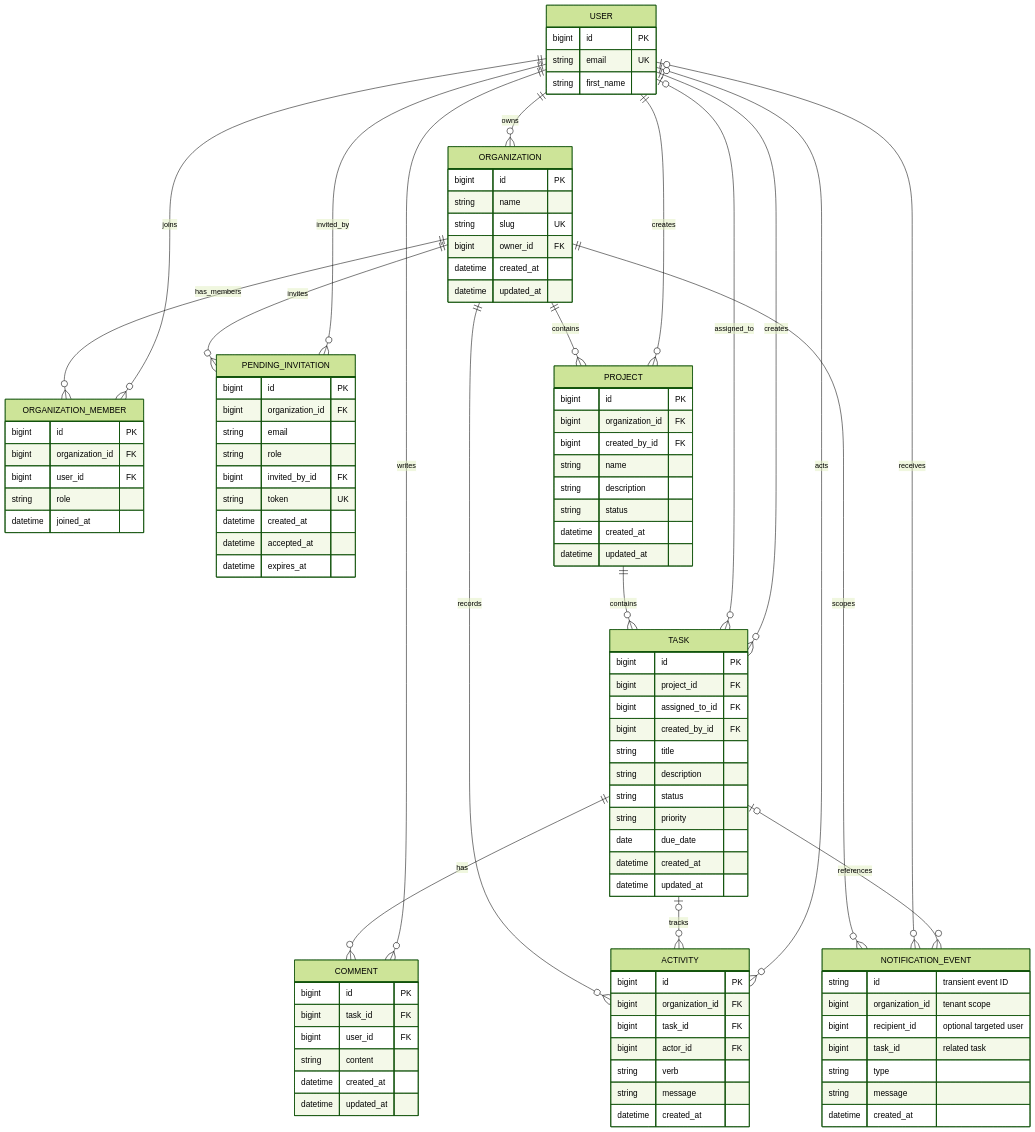
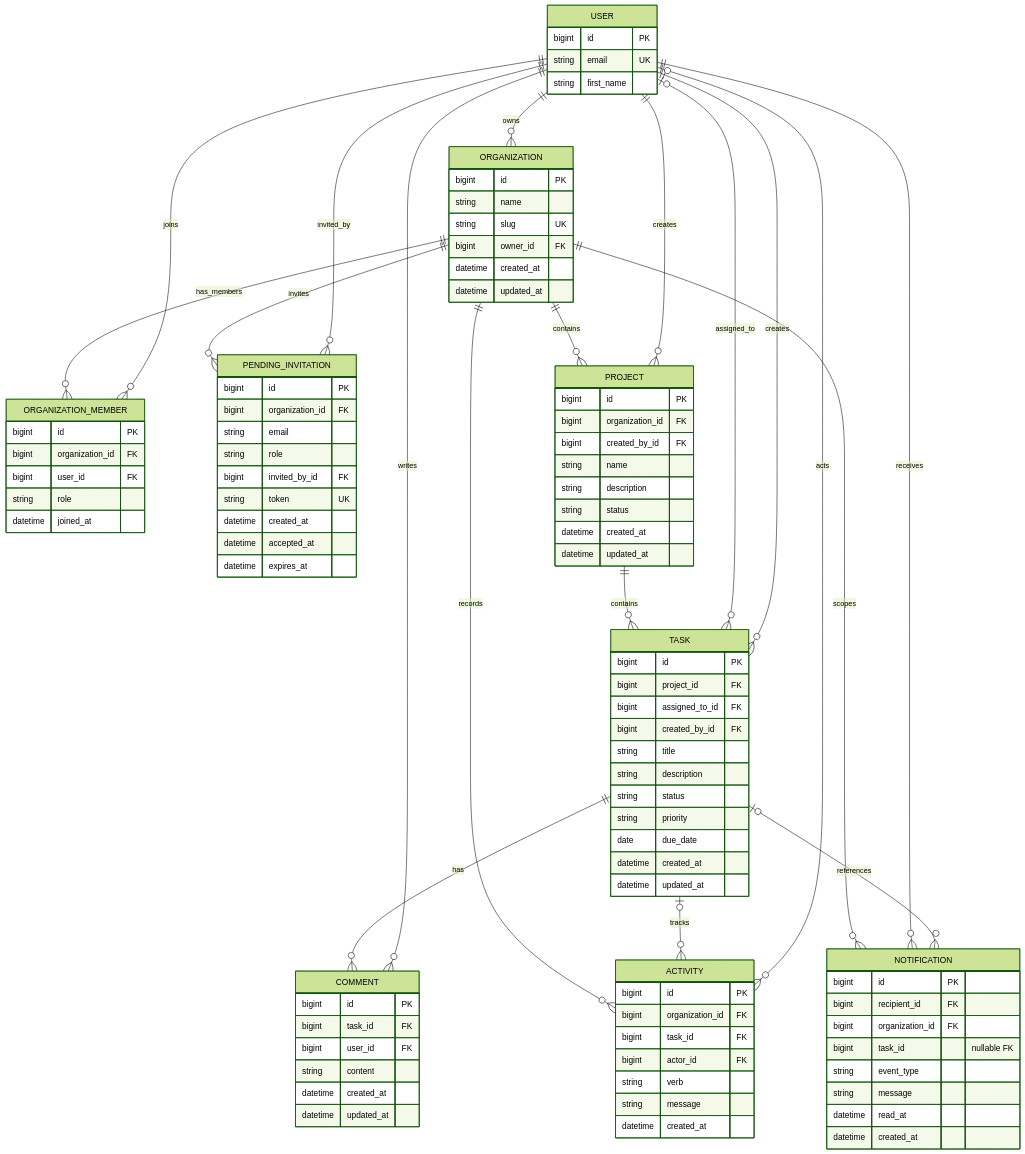
Before and after one commit to fizasayeed776/tasklane-project: the diagram in DATABASE_SCHEMA.md, drawn with Mermaid (forest theme). The commit also changed other lines of this file and 1 other file, not shown here.

Commit message:
docs: document the notification centre

````diff
--- a/DATABASE_SCHEMA.md
+++ b/DATABASE_SCHEMA.md
@@ -77,13 +77,14 @@
         string message
         datetime created_at
     }
-    NOTIFICATION_EVENT {
-        string id "transient event ID"
-        bigint organization_id "tenant scope"
-        bigint recipient_id "optional targeted user"
-        bigint task_id "related task"
-        string type
+    NOTIFICATION {
+        bigint id PK
+        bigint recipient_id FK
+        bigint organization_id FK
+        bigint task_id "nullable FK"
+        string event_type
         string message
+        datetime read_at
         datetime created_at
     }
 
@@ -102,7 +103,7 @@
     ORGANIZATION ||--o{ ACTIVITY : records
     TASK o|--o{ ACTIVITY : tracks
     USER o|--o{ ACTIVITY : acts
-    ORGANIZATION ||--o{ NOTIFICATION_EVENT : scopes
-    USER o|--o{ NOTIFICATION_EVENT : receives
-    TASK o|--o{ NOTIFICATION_EVENT : references
+    ORGANIZATION ||--o{ NOTIFICATION : scopes
+    USER ||--o{ NOTIFICATION : receives
+    TASK o|--o{ NOTIFICATION : references
 ```
````
